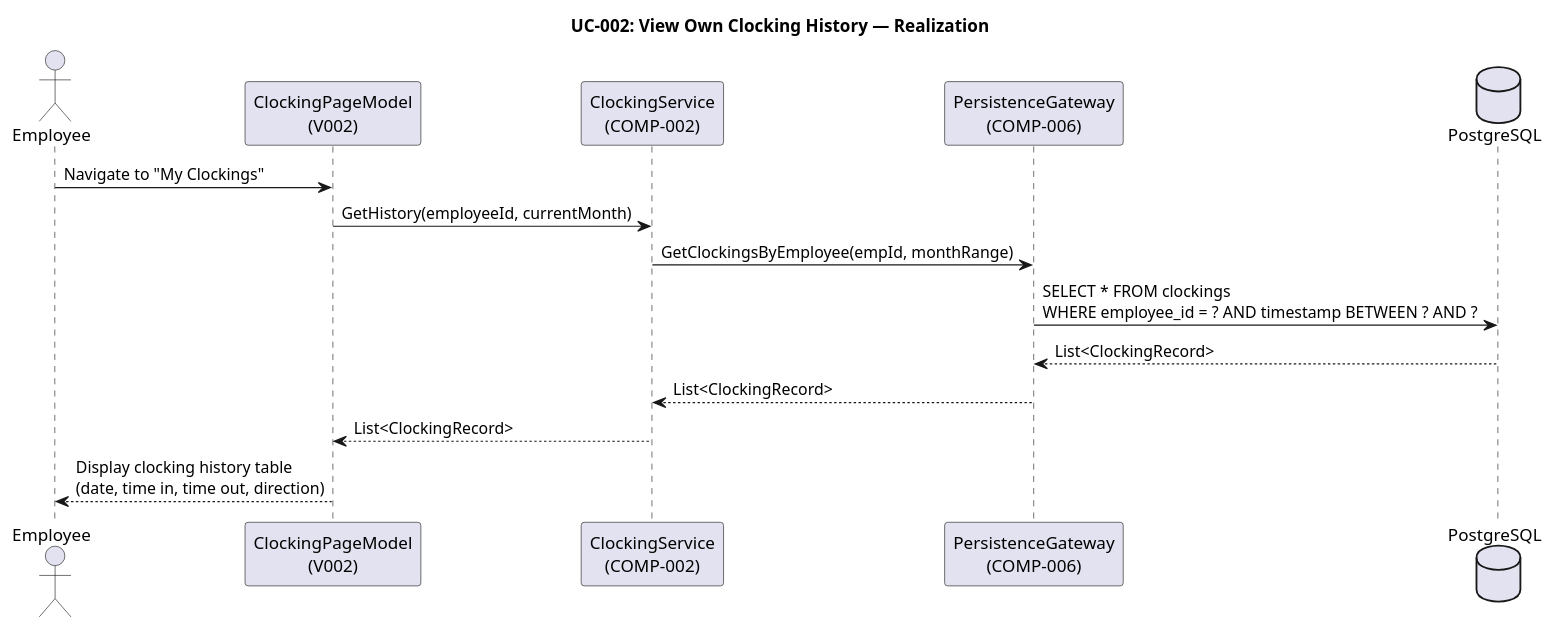
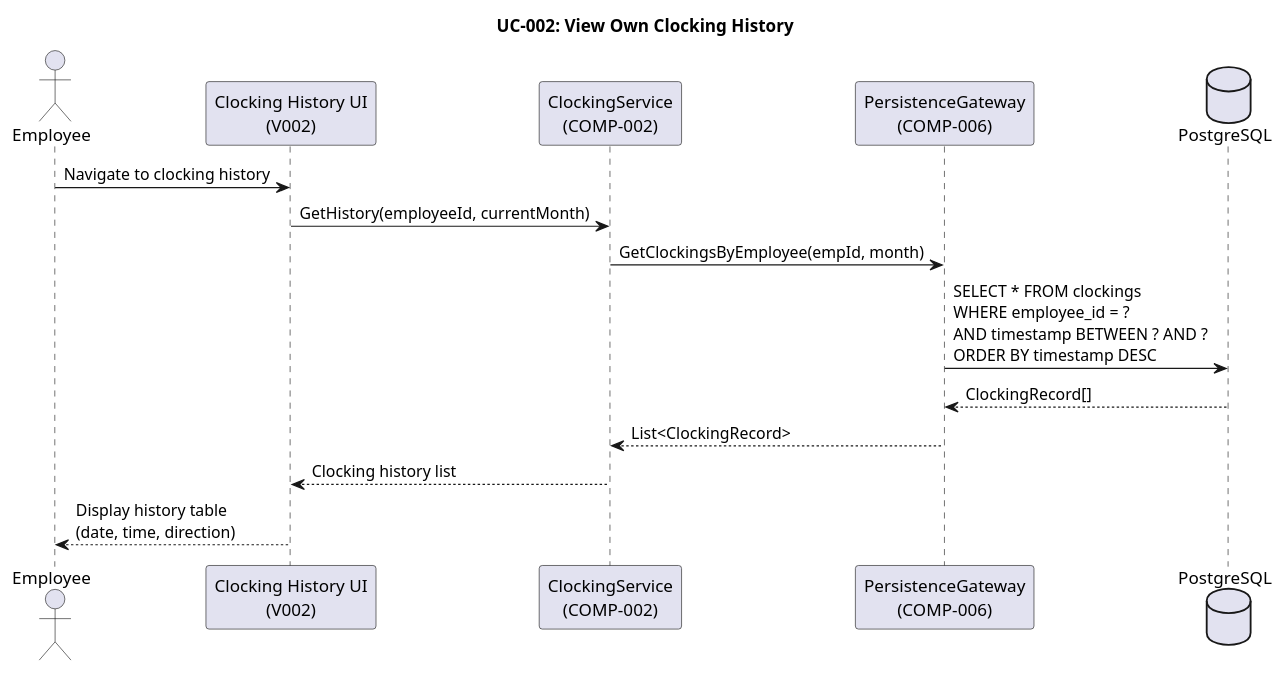
Before and after one commit to banense-test/portal-cuba-corp: the third of 28 diagrams in docs/artifacts/analysis---design/design-model.md, drawn with PlantUML. The commit also changed other lines of this file, not shown here.

First line of the commit message:
Designer [E2]: upsert Design Model

````diff
--- a/docs/artifacts/analysis---design/design-model.md
+++ b/docs/artifacts/analysis---design/design-model.md
@@ -326,21 +317,21 @@
 ```plantuml
 @startuml
-title UC-002: View Own Clocking History — Realization
+title UC-002: View Own Clocking History
 
 actor Employee as EMP
-participant "ClockingPageModel\n(V002)" as UI
+participant "Clocking History UI\n(V002)" as UI
 participant "ClockingService\n(COMP-002)" as SVC
 participant "PersistenceGateway\n(COMP-006)" as DB
 database "PostgreSQL" as PG
 
-EMP -> UI : Navigate to "My Clockings"
+EMP -> UI : Navigate to clocking history
 UI -> SVC : GetHistory(employeeId, currentMonth)
-SVC -> DB : GetClockingsByEmployee(empId, monthRange)
-DB -> PG : SELECT * FROM clockings\nWHERE employee_id = ? AND timestamp BETWEEN ? AND ?
-PG --> DB : List<ClockingRecord>
+SVC -> DB : GetClockingsByEmployee(empId, month)
+DB -> PG : SELECT * FROM clockings\nWHERE employee_id = ?\nAND timestamp BETWEEN ? AND ?\nORDER BY timestamp DESC
+PG --> DB : ClockingRecord[]
 DB --> SVC : List<ClockingRecord>
-SVC --> UI : List<ClockingRecord>
-UI --> EMP : Display clocking history table\n(date, time in, time out, direction)
+SVC --> UI : Clocking history list
+UI --> EMP : Display history table\n(date, time, direction)
 
 @enduml
 ```
````
